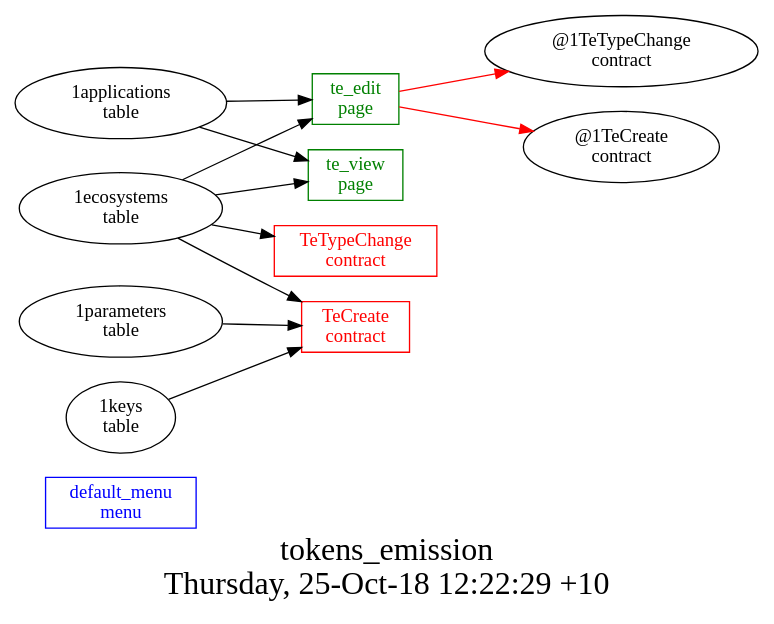
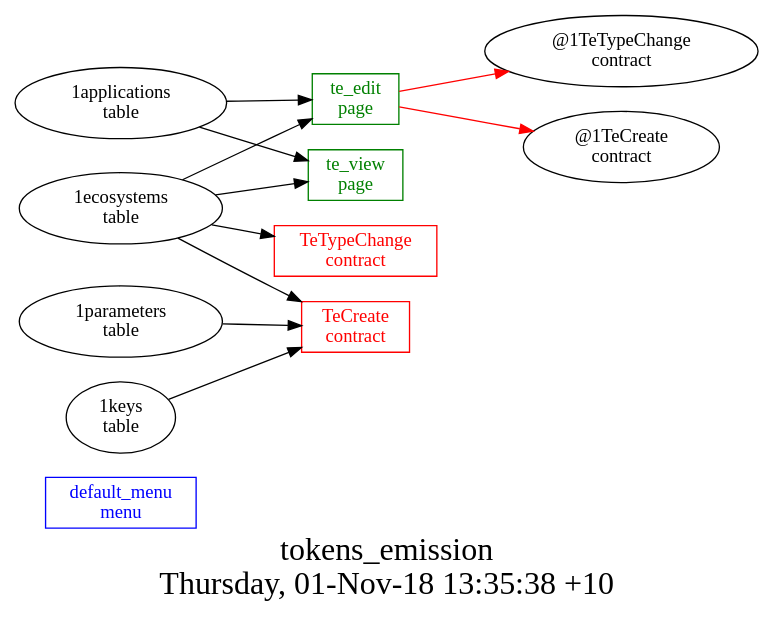
The diagram in other/tokens_emission/struct.dot (AplaProject/apps), drawn with Graphviz before and after one commit. The commit also changed 27 other files, not shown here.

```diff
--- a/other/tokens_emission/struct.dot
+++ b/other/tokens_emission/struct.dot
@@ -1,23 +1,23 @@
 digraph G {
 fontsize="24";
-label="tokens_emission\nThursday, 25-Oct-18 12:22:29 +10";
+label="tokens_emission\nThursday, 01-Nov-18 13:35:38 +10";
 nojustify=true;
 ordering=out;
 rankdir=LR;
 size="30";
 "default_menu\nmenu" [color=blue, fontcolor=blue, group=menus, shape=record];
 "te_edit\npage" -> "@1TeTypeChange\ncontract"  [ color=red ]
 "te_edit\npage" -> "@1TeCreate\ncontract"  [ color=red ]
 "1applications\ntable" -> "te_edit\npage"
 "1ecosystems\ntable" -> "te_edit\npage"
 "te_edit\npage" [color=green, fontcolor=green, group=pages, shape=record];
 "1applications\ntable" -> "te_view\npage"
 "1ecosystems\ntable" -> "te_view\npage"
 "te_view\npage" [color=green, fontcolor=green, group=pages, shape=record];
 "1parameters\ntable" -> "TeCreate\ncontract"
 "1ecosystems\ntable" -> "TeCreate\ncontract"
 "1keys\ntable" -> "TeCreate\ncontract"
 "TeCreate\ncontract" [color=red, fontcolor=red, group=contracts, shape=record];
 "1ecosystems\ntable" -> "TeTypeChange\ncontract"
 "TeTypeChange\ncontract" [color=red, fontcolor=red, group=contracts, shape=record];
 }
```
